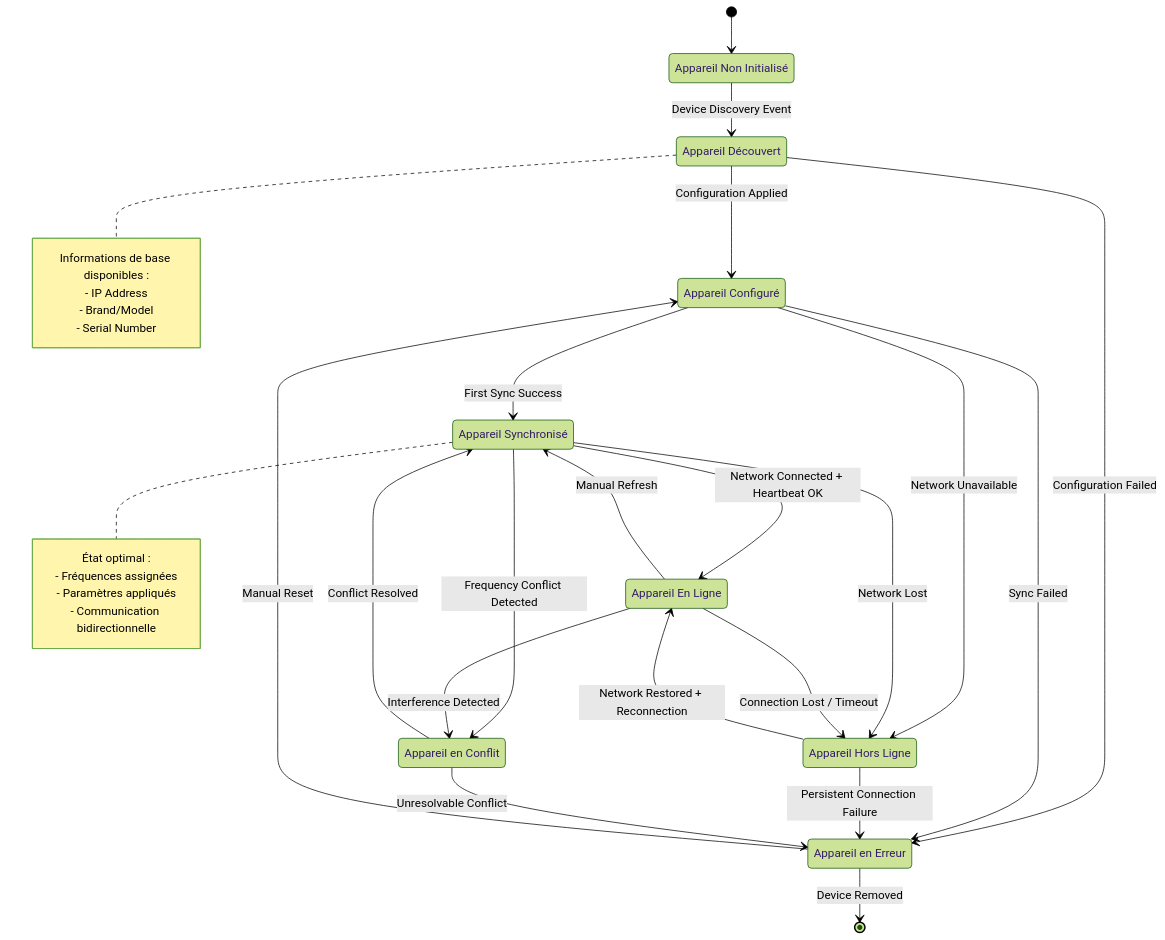
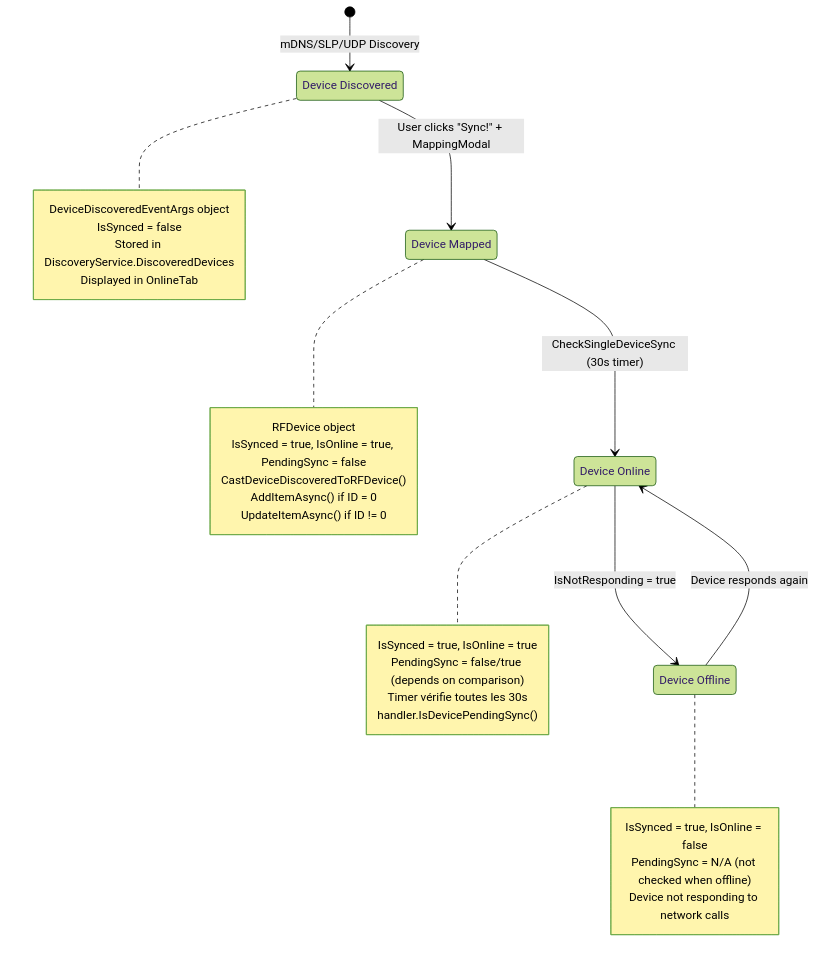
One commit to Beatwen/RF_Go changed the first of 5 diagrams in docusaurus/docs/uml-analysis/state-diagrams.md. Above: the diagram before and after it, drawn with Mermaid (forest theme). The commit also changed other lines of this file and 123 other files, not shown here.

````diff
--- a/docusaurus/docs/uml-analysis/state-diagrams.md
+++ b/docusaurus/docs/uml-analysis/state-diagrams.md
@@ -9,52 +9,42 @@
 ```mermaid
 stateDiagram-v2
-    [*] --> Uninitialized
+    [*] --> Discovered : mDNS/SLP/UDP Discovery
     
-    state "Appareil Non Initialisé" as Uninitialized
-    state "Appareil Découvert" as Discovered
-    state "Appareil Configuré" as Configured
-    state "Appareil Synchronisé" as Synchronized
-    state "Appareil En Ligne" as Online
-    state "Appareil Hors Ligne" as Offline
-    state "Appareil en Conflit" as Conflicted
-    state "Appareil en Erreur" as Error
+    state "Device Discovered" as Discovered
+    state "Device Mapped" as Mapped  
+    state "Device Online" as Online
+    state "Device Offline" as Offline
     
-    Uninitialized --> Discovered : Device Discovery Event
-    Discovered --> Configured : Configuration Applied
-    Discovered --> Error : Configuration Failed
-    
-    Configured --> Synchronized : First Sync Success
-    Configured --> Error : Sync Failed
-    Configured --> Offline : Network Unavailable
-    
-    Synchronized --> Online : Network Connected + Heartbeat OK
-    Synchronized --> Offline : Network Lost
-    Synchronized --> Conflicted : Frequency Conflict Detected
-    
-    Online --> Offline : Connection Lost / Timeout
-    Online --> Conflicted : Interference Detected
-    Online --> Synchronized : Manual Refresh
-    
-    Offline --> Online : Network Restored + Reconnection
-    Offline --> Error : Persistent Connection Failure
-    
-    Conflicted --> Synchronized : Conflict Resolved
-    Conflicted --> Error : Unresolvable Conflict
-    
-    Error --> Configured : Manual Reset
-    Error --> [*] : Device Removed
+    Discovered --> Mapped : User clicks "Sync!" + MappingModal
+    Mapped --> Online : CheckSingleDeviceSync (30s timer)
+    Online --> Offline : IsNotResponding = true
+    Offline --> Online : Device responds again
     
     note right of Discovered
-        Informations de base disponibles :
-        - IP Address
-        - Brand/Model
-        - Serial Number
+        DeviceDiscoveredEventArgs object
+        IsSynced = false
+        Stored in DiscoveryService.DiscoveredDevices
+        Displayed in OnlineTab
     end note
     
-    note right of Synchronized
-        État optimal :
-        - Fréquences assignées
-        - Paramètres appliqués
-        - Communication bidirectionnelle
+    note right of Mapped
+        RFDevice object
+        IsSynced = true, IsOnline = true, PendingSync = false
+        CastDeviceDiscoveredToRFDevice()
+        AddItemAsync<RFDevice>() if ID = 0
+        UpdateItemAsync<RFDevice>() if ID != 0
+    end note
+    
+    note right of Online
+        IsSynced = true, IsOnline = true
+        PendingSync = false/true (depends on comparison)
+        Timer vérifie toutes les 30s
+        handler.IsDevicePendingSync()
+    end note
+    
+    note right of Offline
+        IsSynced = true, IsOnline = false
+        PendingSync = N/A (not checked when offline)
+        Device not responding to network calls
     end note
 ```
````
